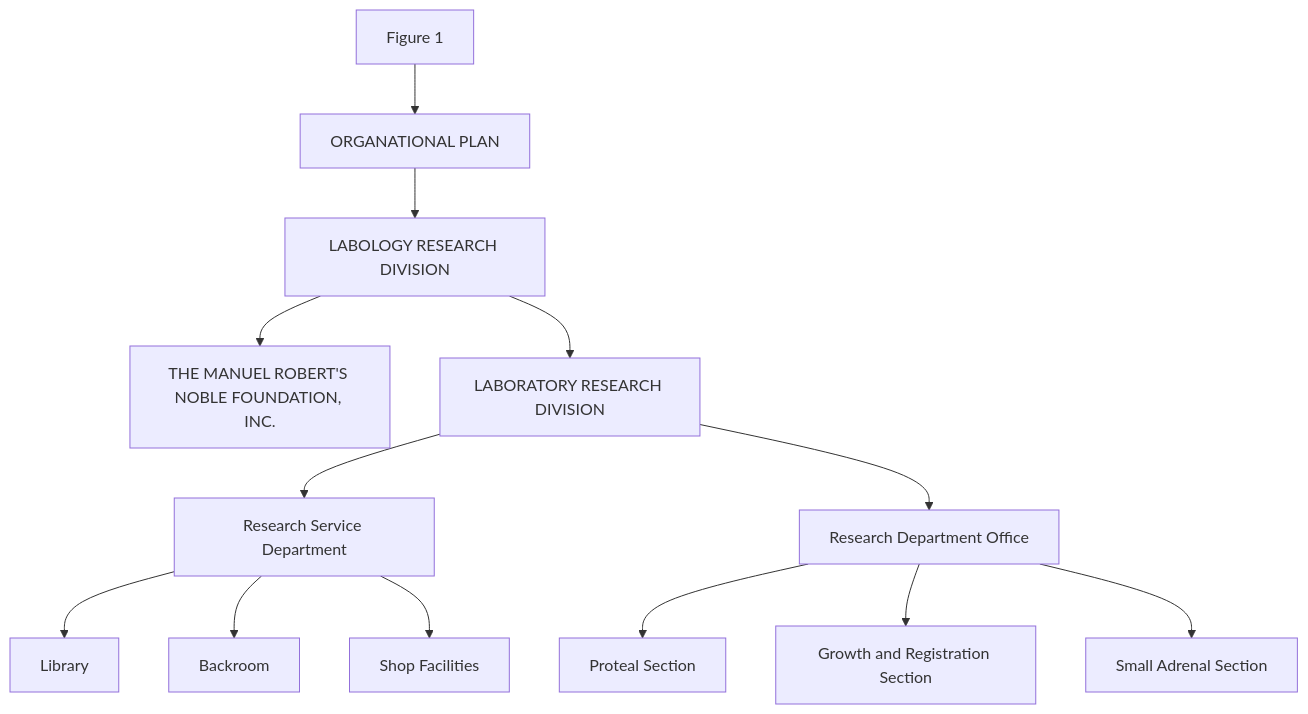
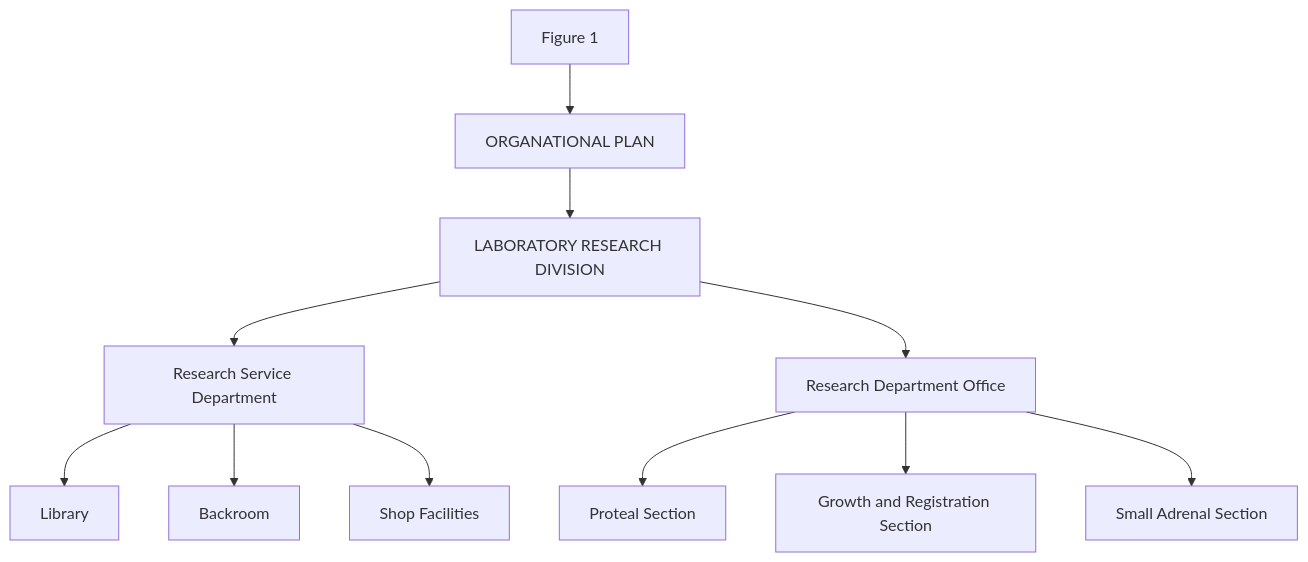
The third of 4 diagrams in assets/mineru/2606.14782/full.md (Jaywalk18/visual-ssl-digest), drawn with Mermaid before and after one commit. The commit also changed other lines of this file and 15 other files, not shown here.

````diff
--- a/assets/mineru/2606.14782/full.md
+++ b/assets/mineru/2606.14782/full.md
@@ -855,15 +849,13 @@
 ```mermaid
 graph TD
   A["Figure 1"] --> B["ORGANATIONAL PLAN"]
-  B --> C["LABOLOGY RESEARCH DIVISION"]
-  C --> D["THE MANUEL ROBERT'S NOBLE FOUNDATION, INC."]
-  C --> E["LABORATORY RESEARCH DIVISION"]
-  E --> F["Research Service Department"]
-  E --> G["Research Department Office"]
-  F --> H["Library"]
-  F --> I["Backroom"]
-  F --> J["Shop Facilities"]
-  G --> K["Proteal Section"]
-  G --> L["Growth and Registration Section"]
-  G --> M["Small Adrenal Section"]
+  B --> C["LABORATORY RESEARCH DIVISION"]
+  C --> D["Research Service Department"]
+  C --> E["Research Department Office"]
+  D --> F["Library"]
+  D --> G["Backroom"]
+  D --> H["Shop Facilities"]
+  E --> I["Proteal Section"]
+  E --> J["Growth and Registration Section"]
+  E --> K["Small Adrenal Section"]
 ```
````
